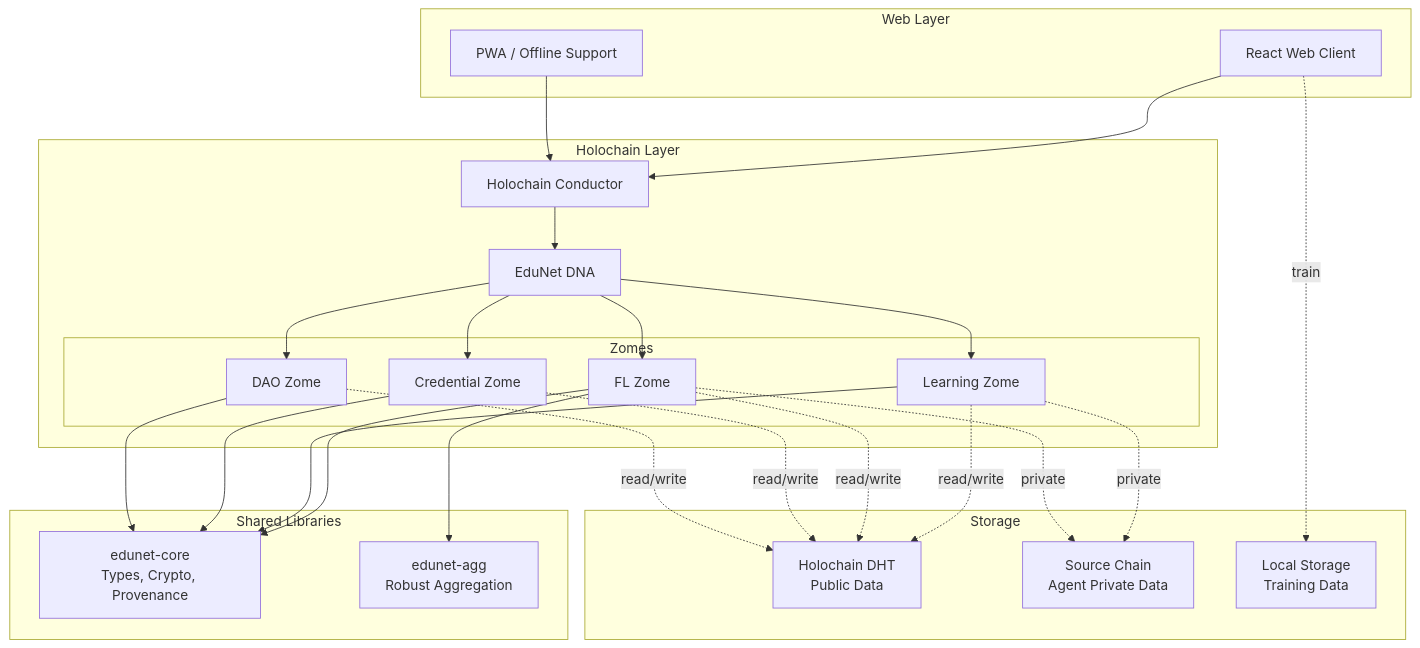
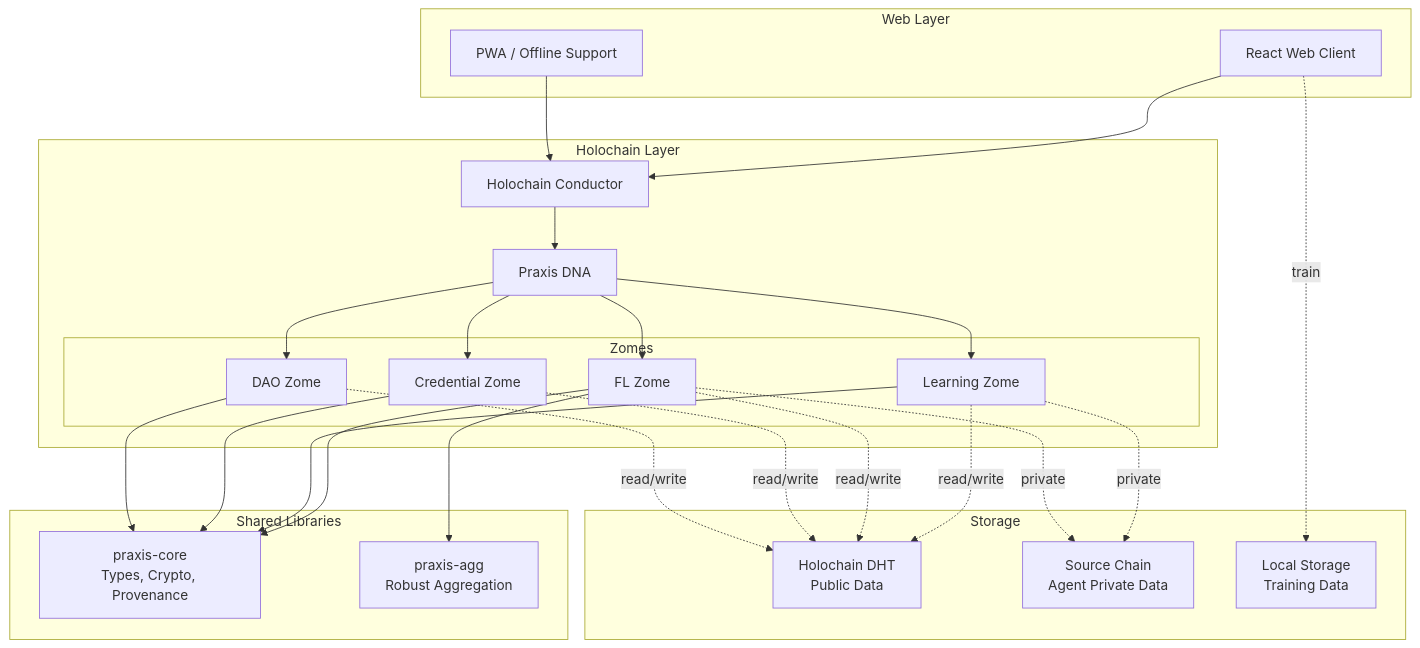
Before and after one commit to Luminous-Dynamics/symthaea: the first of 5 diagrams in mycelix-praxis/docs/architecture.md, drawn with Mermaid. The commit also changed other lines of this file and 126 other files, not shown here.

First line of the commit message:
docs: batch rename EduNet → Praxis, Professional → Craft across all docs + SDK-TS

````diff
--- a/mycelix-praxis/docs/architecture.md
+++ b/mycelix-praxis/docs/architecture.md
@@ -18,53 +18,53 @@
 ```mermaid
 graph TB
     subgraph "Web Layer"
         WEB[React Web Client]
         PWA[PWA / Offline Support]
     end
 
     subgraph "Holochain Layer"
         CONDUCTOR[Holochain Conductor]
-        DNA[EduNet DNA]
+        DNA[Praxis DNA]
 
         subgraph "Zomes"
             LEARNING[Learning Zome]
             FL[FL Zome]
             CRED[Credential Zome]
             DAO[DAO Zome]
         end
     end
 
     subgraph "Shared Libraries"
-        CORE[edunet-core<br/>Types, Crypto, Provenance]
-        AGG[edunet-agg<br/>Robust Aggregation]
+        CORE[praxis-core<br/>Types, Crypto, Provenance]
+        AGG[praxis-agg<br/>Robust Aggregation]
     end
 
     subgraph "Storage"
         DHT[Holochain DHT<br/>Public Data]
         SOURCE[Source Chain<br/>Agent Private Data]
         LOCAL[Local Storage<br/>Training Data]
     end
 
     WEB --> CONDUCTOR
     PWA --> CONDUCTOR
     CONDUCTOR --> DNA
     DNA --> LEARNING
     DNA --> FL
     DNA --> CRED
     DNA --> DAO
 
     FL --> AGG
     FL --> CORE
     LEARNING --> CORE
     CRED --> CORE
     DAO --> CORE
 
     LEARNING -.->|read/write| DHT
     FL -.->|read/write| DHT
     CRED -.->|read/write| DHT
     DAO -.->|read/write| DHT
 
     LEARNING -.->|private| SOURCE
     FL -.->|private| SOURCE
     WEB -.->|train| LOCAL
 ```
````
